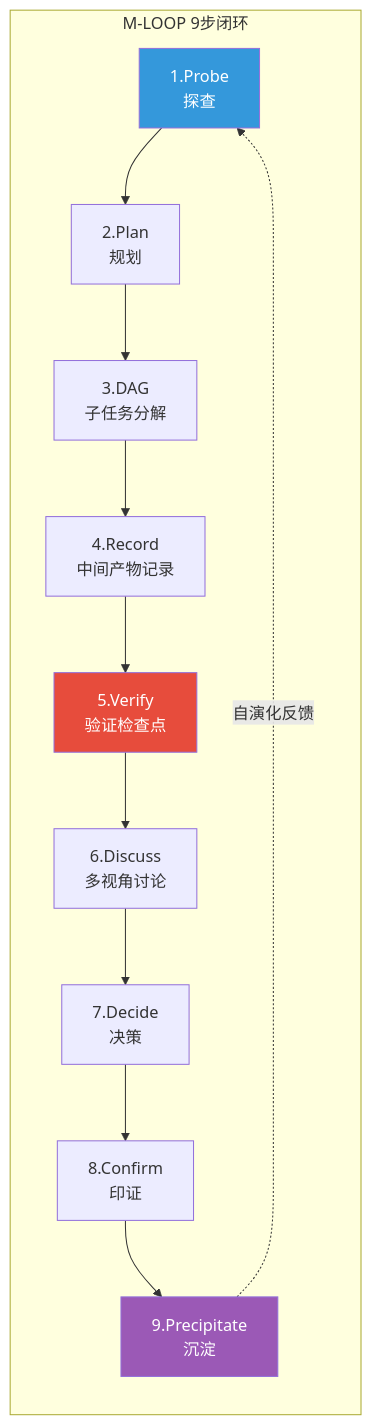
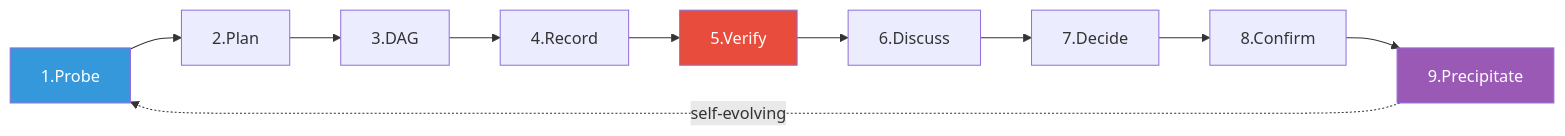
One commit to Madapexai/oh-my-loop changed the first of 2 diagrams in README.md. Above: the diagram before and after it, drawn with Mermaid. The commit also changed other lines of this file and 8 other files, not shown here.

````diff
--- a/README.md
+++ b/README.md
@@ -165,18 +128,16 @@
 ```mermaid
 flowchart LR
-    subgraph "M-LOOP 9步闭环"
-        P[1.Probe<br/>探查] --> PL[2.Plan<br/>规划]
-        PL --> D[3.DAG<br/>子任务分解]
-        D --> R[4.Record<br/>中间产物记录]
-        R --> V[5.Verify<br/>验证检查点]
-        V --> DI[6.Discuss<br/>多视角讨论]
-        DI --> DE[7.Decide<br/>决策]
-        DE --> C[8.Confirm<br/>印证]
-        C --> PR[9.Precipitate<br/>沉淀]
-        PR -.->|"自演化反馈"| P
-    end
+    P[1.Probe] --> PL[2.Plan]
+    PL --> D[3.DAG]
+    D --> R[4.Record]
+    R --> V[5.Verify]
+    V --> DI[6.Discuss]
+    DI --> DE[7.Decide]
+    DE --> C[8.Confirm]
+    C --> PR[9.Precipitate]
+    PR -.->|"self-evolving"| P
 
     style P fill:#3498db,color:#fff
     style V fill:#e74c3c,color:#fff
     style PR fill:#9b59b6,color:#fff
 ```
````
